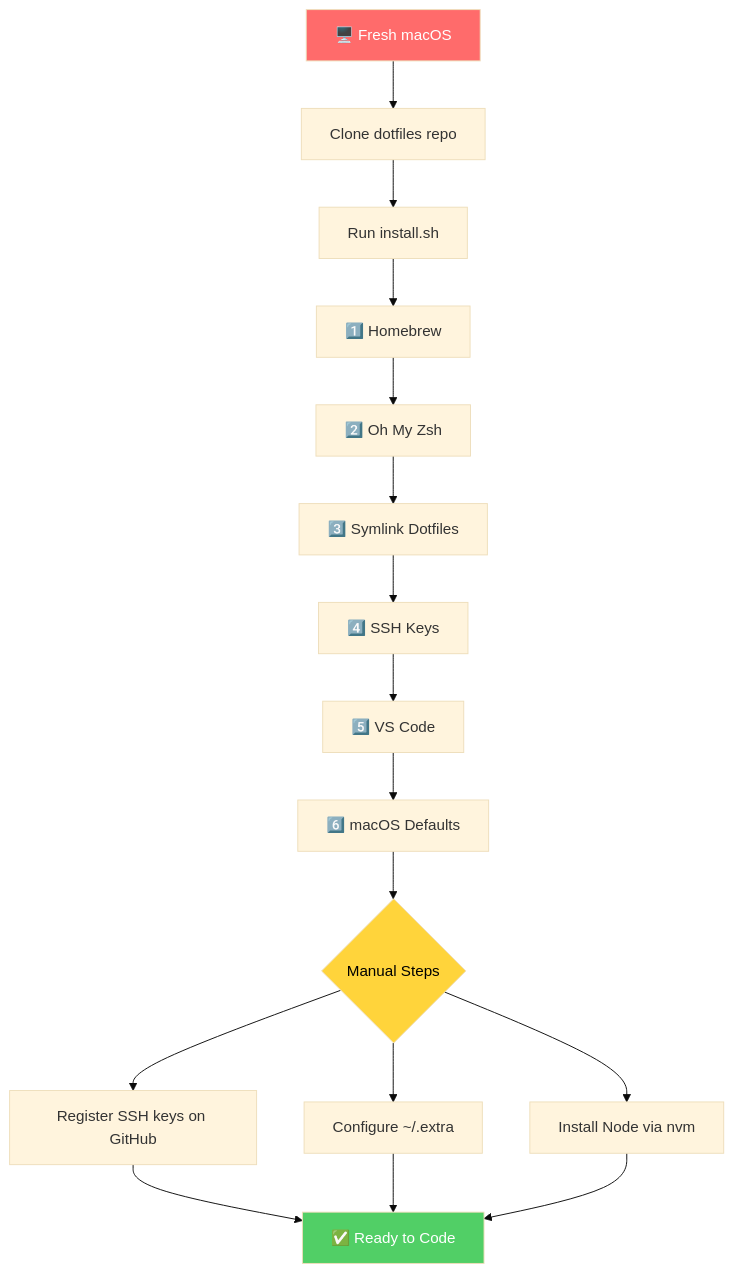
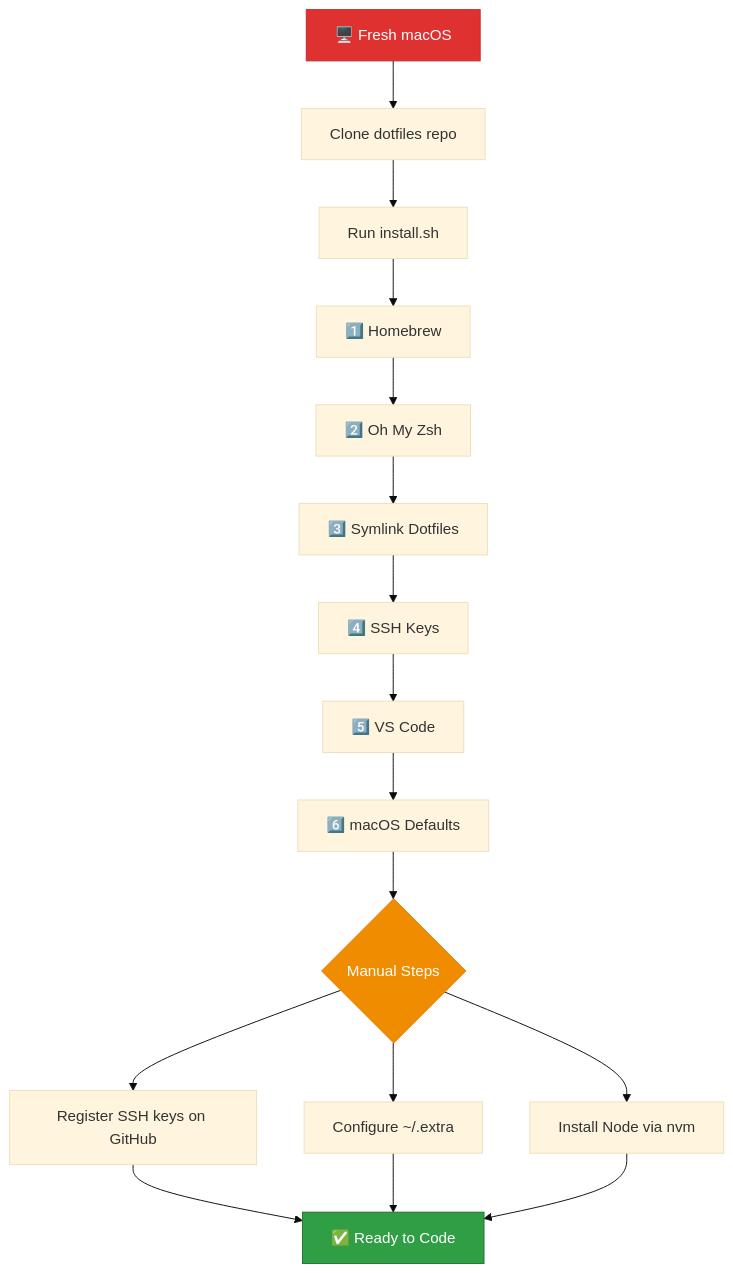
The first of 5 diagrams in README.md (jamesfdavis/dotfiles), drawn with Mermaid (base theme) before and after one commit. The commit also changed other lines of this file, not shown here.

````diff
--- a/README.md
+++ b/README.md
@@ -22,25 +22,25 @@
 ```mermaid
 flowchart TD
     A[🖥️ Fresh macOS] --> B[Clone dotfiles repo]
     B --> C[Run install.sh]
     
     C --> D[1️⃣ Homebrew]
     D --> E[2️⃣ Oh My Zsh]
     E --> F[3️⃣ Symlink Dotfiles]
     F --> G[4️⃣ SSH Keys]
     G --> H[5️⃣ VS Code]
     H --> I[6️⃣ macOS Defaults]
     
     I --> J{Manual Steps}
     J --> K[Register SSH keys on GitHub]
     J --> L[Configure ~/.extra]
     J --> M[Install Node via nvm]
     
     K --> N[✅ Ready to Code]
     L --> N
     M --> N
     
-    style A fill:#ff6b6b,color:#fff
-    style N fill:#51cf66,color:#fff
-    style J fill:#ffd43b,color:#000
+    style A fill:#e03131,color:#fff,stroke:#c92a2a
+    style N fill:#2f9e44,color:#fff,stroke:#237032
+    style J fill:#f08c00,color:#fff,stroke:#e67700
 ```
````
